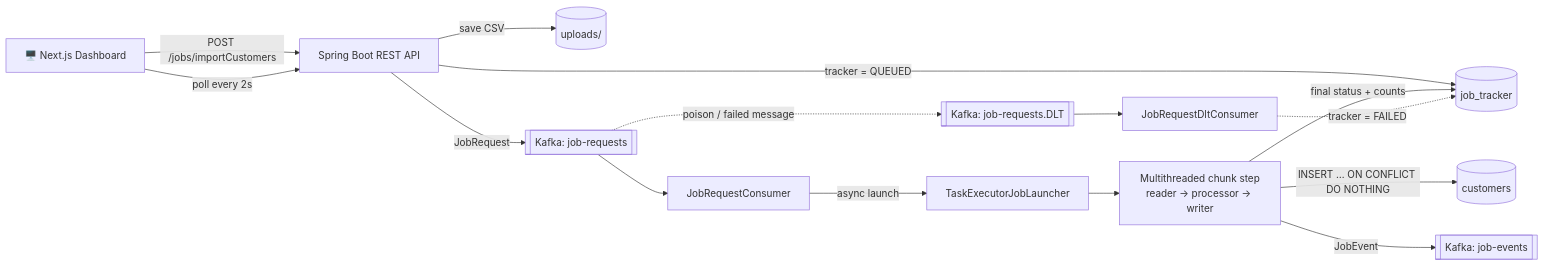
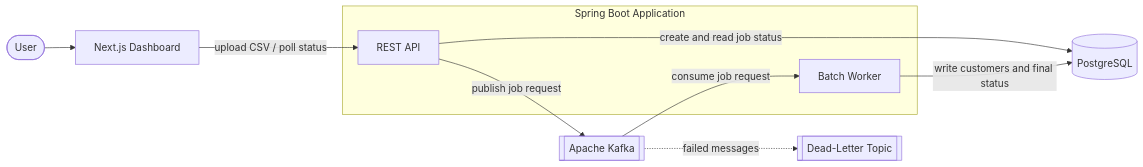
The first of 5 diagrams in README.md (Yaswanth6303/rtdps), drawn with Mermaid before and after one commit. The commit also changed other lines of this file, not shown here.

````diff
--- a/README.md
+++ b/README.md
@@ -83,20 +93,16 @@
 ```mermaid
 flowchart LR
-    UI["🖥️ Next.js Dashboard"] -->|"POST /jobs/importCustomers"| API["Spring Boot REST API"]
-    API -->|save CSV| FS[("uploads/")]
-    API -->|"tracker = QUEUED"| JT[("job_tracker")]
-    API -->|JobRequest| KREQ[["Kafka: job-requests"]]
+    User([User]) --> UI["Next.js Dashboard"]
+    UI -->|"upload CSV / poll status"| API
 
-    KREQ --> CONS["JobRequestConsumer"]
-    CONS -->|async launch| LAUNCH["TaskExecutorJobLauncher"]
-    LAUNCH --> STEP["Multithreaded chunk step<br/>reader → processor → writer"]
-    STEP -->|"INSERT … ON CONFLICT DO NOTHING"| PG[("customers")]
-    STEP -->|"final status + counts"| JT
-    STEP -->|JobEvent| KEV[["Kafka: job-events"]]
+    subgraph APP["Spring Boot Application"]
+        API["REST API"]
+        Worker["Batch Worker"]
+    end
 
-    KREQ -. "poison / failed message" .-> DLT[["Kafka: job-requests.DLT"]]
-    DLT --> DCONS["JobRequestDltConsumer"]
-    DCONS -.->|"tracker = FAILED"| JT
-
-    UI -->|"poll every 2s"| API
+    API -->|"publish job request"| Kafka[["Apache Kafka"]]
+    Kafka -->|"consume job request"| Worker
+    API -->|"create and read job status"| DB[("PostgreSQL")]
+    Worker -->|"write customers and final status"| DB
+    Kafka -.->|"failed messages"| DLT[["Dead-Letter Topic"]]
 ```
````
